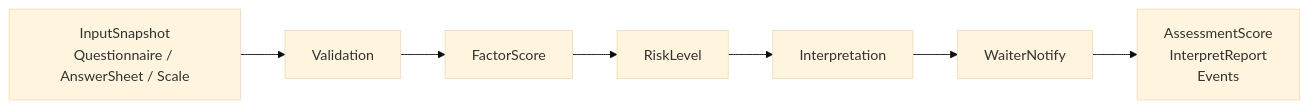
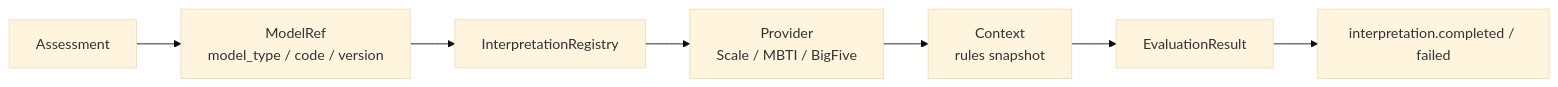
One commit to FangcunMount/qs-server changed the second of 2 diagrams in docs/06-宣讲/04-异步评估链路讲法.md. Above: the diagram before and after it, drawn with Mermaid (base theme). The commit also changed other lines of this file and 25 other files, not shown here.

````diff
--- a/docs/06-宣讲/04-异步评估链路讲法.md
+++ b/docs/06-宣讲/04-异步评估链路讲法.md
@@ -285,12 +430,12 @@
 ```mermaid
 flowchart LR
-    Input["InputSnapshot<br/>Questionnaire / AnswerSheet / Scale"]
-    V["Validation"]
-    F["FactorScore"]
-    R["RiskLevel"]
-    I["Interpretation"]
-    W["WaiterNotify"]
-    Output["AssessmentScore<br/>InterpretReport<br/>Events"]
+    Assessment["Assessment"]
+    Ref["ModelRef<br/>model_type / code / version"]
+    Registry["InterpretationRegistry"]
+    Provider["Provider<br/>Scale / MBTI / BigFive"]
+    Context["Context<br/>rules snapshot"]
+    Result["EvaluationResult"]
+    Event["interpretation.completed / failed"]
 
-    Input --> V --> F --> R --> I --> W --> Output
+    Assessment --> Ref --> Registry --> Provider --> Context --> Result --> Event
 ```
````
